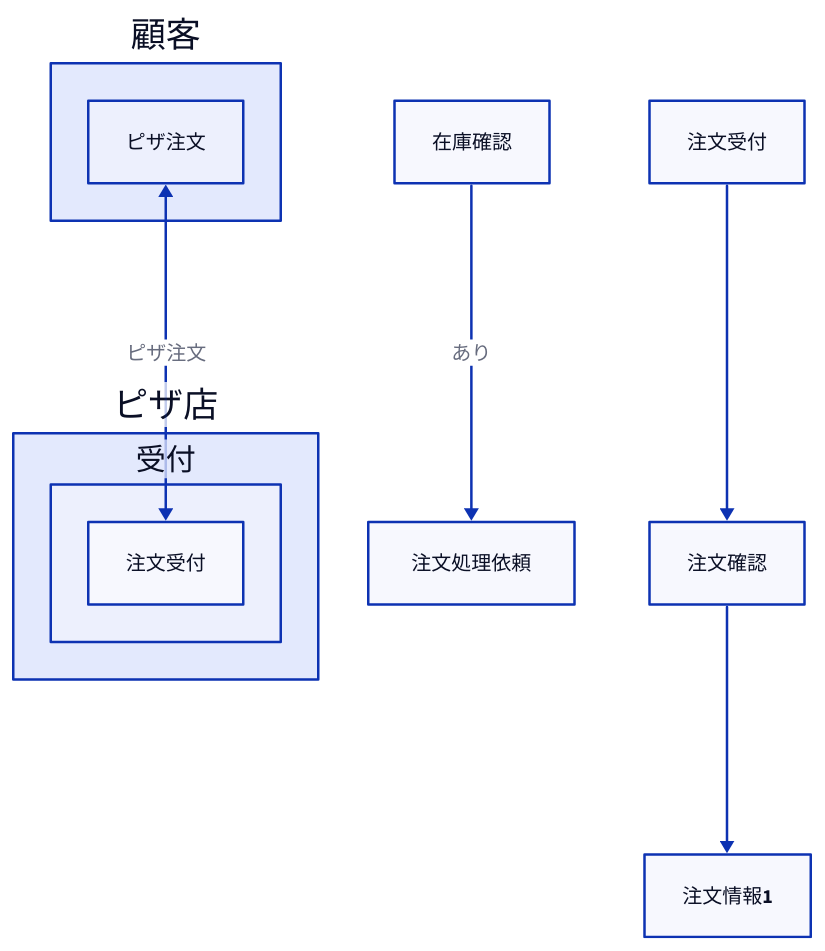
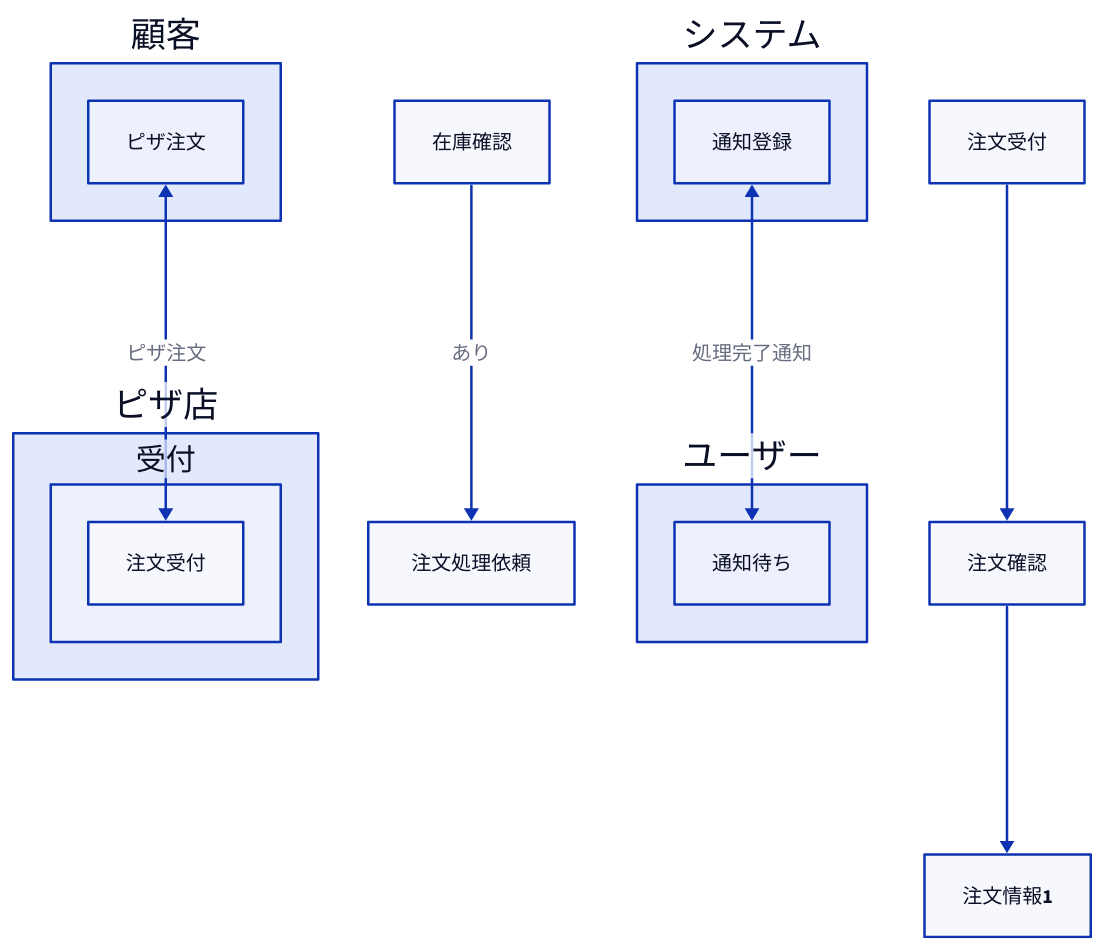
One commit to TsuyoshiOiwa/process-diagram-kit changed the seventh of 7 diagrams in .opencode/skills/bpmn-diagram/SKILL.md. Above: the diagram before and after it, drawn with D2. The commit also changed other lines of this file and 9 other files, not shown here.

````diff
--- a/.opencode/skills/bpmn-diagram/SKILL.md
+++ b/.opencode/skills/bpmn-diagram/SKILL.md
@@ -144,14 +212,20 @@
 ```d2
 # シーケンスフロー (ゲートウェイ分岐には条件ラベルを付ける)
 注文受付 -> 注文確認
 在庫確認 -> 注文処理依頼: あり
 
 # メッセージフロー (プール間, 最上位階層に書く)
 顧客.ピザ注文 <-> ピザ店.受付.注文受付: {
   class: message-flow
   label: ピザ注文
 }
 
+# 通知フロー (同一プール内・レーン横断, 独自拡張)
+システム.通知登録 <-> ユーザー.通知待ち: {
+  class: notification-flow
+  label: 処理完了通知
+}
+
 # データ関連
 注文確認 -> 注文情報1: { class: data-association }
 ```
````
